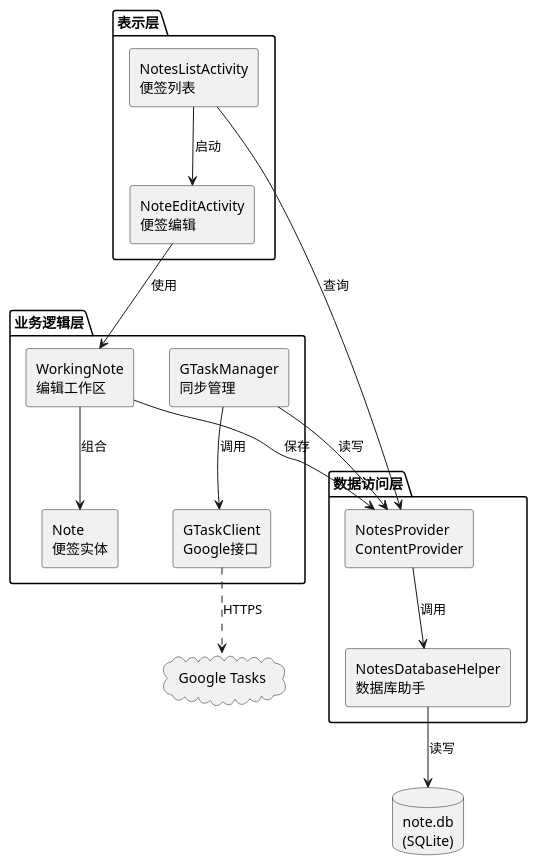
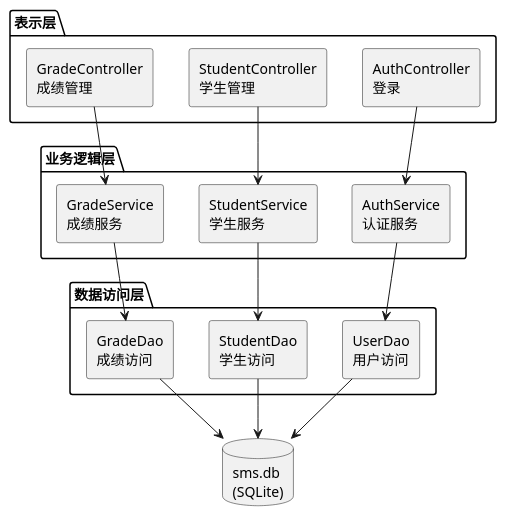
Before and after one commit to otreeevol/project: the diagram in docs/diagrams/component.puml, drawn with PlantUML. The commit also changed 221 other files, not shown here.

```diff
--- a/docs/diagrams/component.puml
+++ b/docs/diagrams/component.puml
@@ -1,35 +1,34 @@
 @startuml
-' 小米便签 —— 构件图
+' 学生信息管理系统 —— 构件图
 skinparam componentStyle rectangle
 
 package "表示层" {
-  component "NotesListActivity\n便签列表" as LA
-  component "NoteEditActivity\n便签编辑" as EA
+  component "AuthController\n登录" as AuthC
+  component "StudentController\n学生管理" as StudentC
+  component "GradeController\n成绩管理" as GradeC
 }
 
 package "业务逻辑层" {
-  component "WorkingNote\n编辑工作区" as WN
-  component "Note\n便签实体" as Note
-  component "GTaskManager\n同步管理" as GM
-  component "GTaskClient\nGoogle接口" as GC
+  component "AuthService\n认证服务" as AuthS
+  component "StudentService\n学生服务" as StudentS
+  component "GradeService\n成绩服务" as GradeS
 }
 
 package "数据访问层" {
-  component "NotesProvider\nContentProvider" as NP
-  component "NotesDatabaseHelper\n数据库助手" as DBH
+  component "UserDao\n用户访问" as UserD
+  component "StudentDao\n学生访问" as StudentD
+  component "GradeDao\n成绩访问" as GradeD
 }
 
-database "note.db\n(SQLite)" as DB
-cloud "Google Tasks" as GT
+database "sms.db\n(SQLite)" as DB
 
-LA --> EA : 启动
-EA --> WN : 使用
-WN --> Note : 组合
-WN --> NP : 保存
-LA --> NP : 查询
-GM --> NP : 读写
-GM --> GC : 调用
-GC ..> GT : HTTPS
-NP --> DBH : 调用
-DBH --> DB : 读写
+AuthC --> AuthS
+StudentC --> StudentS
+GradeC --> GradeS
+AuthS --> UserD
+StudentS --> StudentD
+GradeS --> GradeD
+UserD --> DB
+StudentD --> DB
+GradeD --> DB
 @enduml
```
